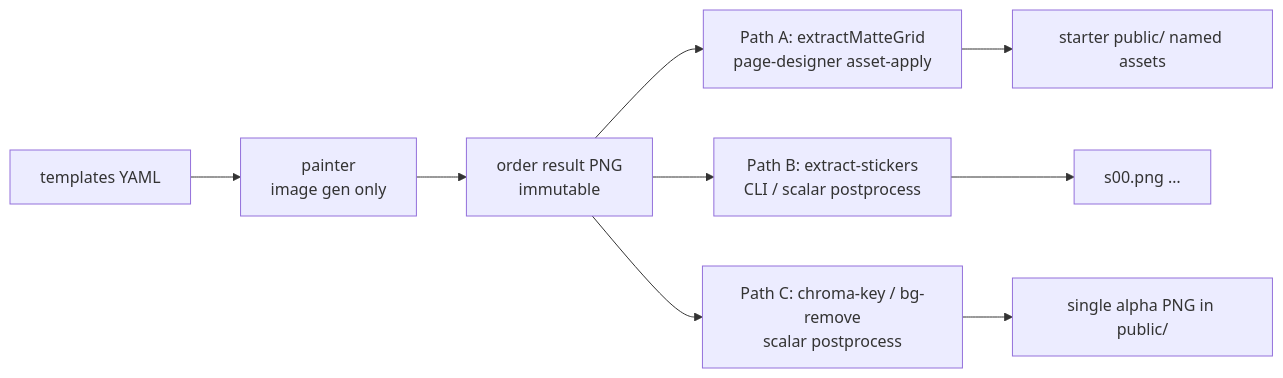
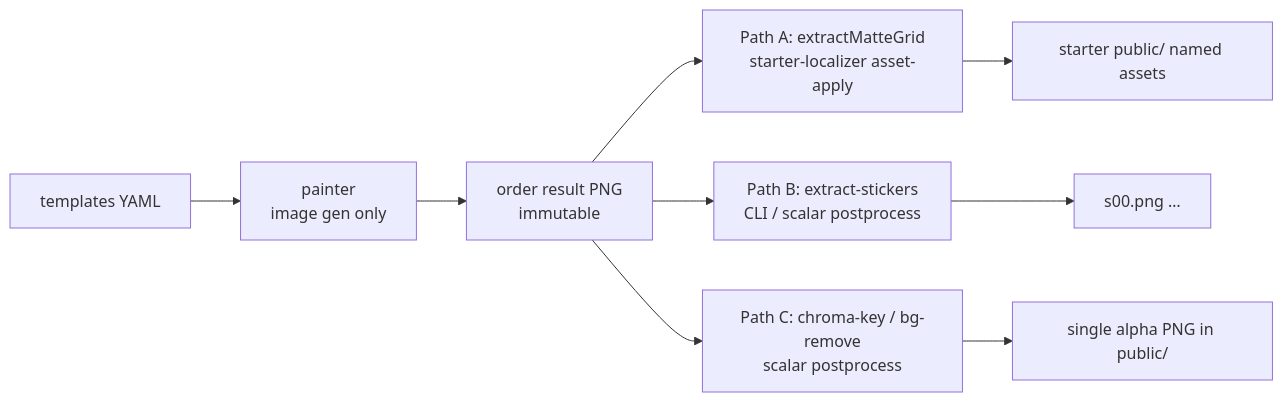
The first of 5 diagrams in docs/design/cutout-slice-stability.md (l1veIn/repochan-mono), drawn with Mermaid before and after one commit. The commit also changed other lines of this file and 47 other files, not shown here.

````diff
--- a/docs/design/cutout-slice-stability.md
+++ b/docs/design/cutout-slice-stability.md
@@ -34,11 +34,11 @@
 ```mermaid
 flowchart LR
   T["templates YAML"] --> P["painter<br/>image gen only"]
   P --> R["order result PNG<br/>immutable"]
-  R --> A["Path A: extractMatteGrid<br/>page-designer asset-apply"]
+  R --> A["Path A: extractMatteGrid<br/>starter-localizer asset-apply"]
   R --> B["Path B: extract-stickers<br/>CLI / scalar postprocess"]
   R --> C["Path C: chroma-key / bg-remove<br/>scalar postprocess"]
   A --> S["starter public/ named assets"]
   B --> S2["s00.png …"]
   C --> S3["single alpha PNG in public/"]
 ```
````
